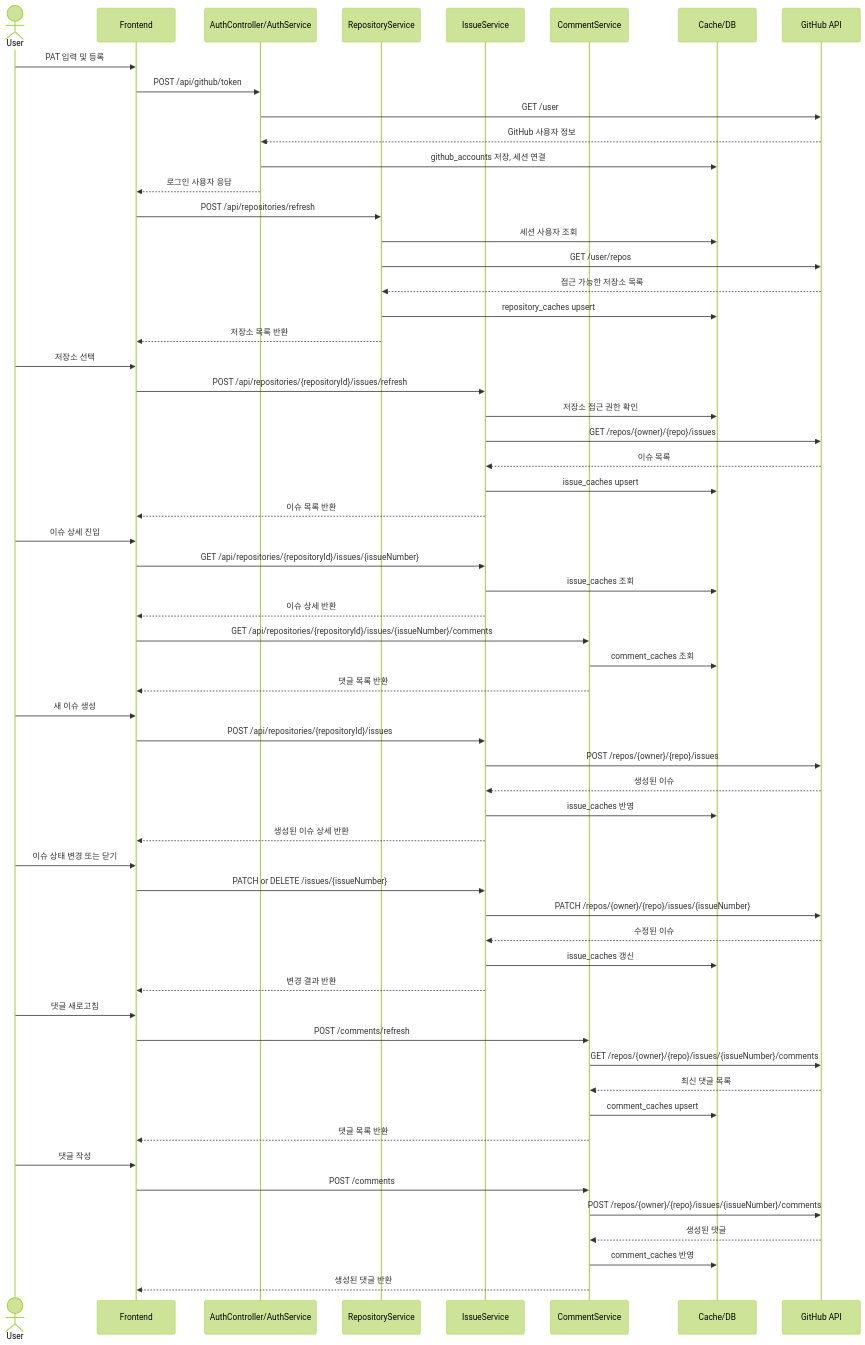
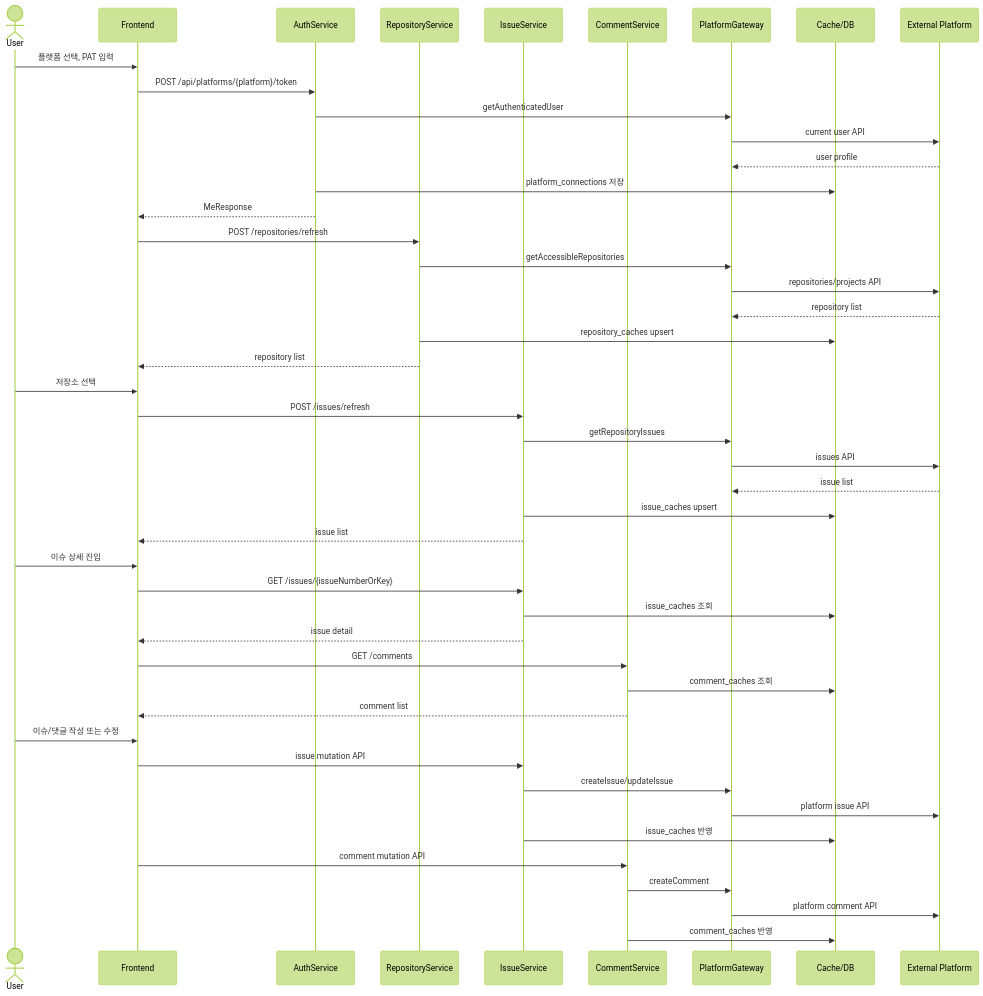
One commit to Jungwoook/github-issue-manager changed the second of 2 diagrams in docs/08-main-use-case-flow.md. Above: the diagram before and after it, drawn with Mermaid (forest theme). The commit also changed other lines of this file and 12 other files, not shown here.

````diff
--- a/docs/08-main-use-case-flow.md
+++ b/docs/08-main-use-case-flow.md
@@ -77,70 +68,53 @@
 ```mermaid
 sequenceDiagram
     actor U as User
     participant F as Frontend
-    participant A as AuthController/AuthService
+    participant A as AuthService
     participant R as RepositoryService
     participant I as IssueService
     participant C as CommentService
+    participant G as PlatformGateway
     participant DB as Cache/DB
-    participant GH as GitHub API
+    participant P as External Platform
 
-    U->>F: PAT 입력 및 등록
-    F->>A: POST /api/github/token
-    A->>GH: GET /user
-    GH-->>A: GitHub 사용자 정보
-    A->>DB: github_accounts 저장, 세션 연결
-    A-->>F: 로그인 사용자 응답
+    U->>F: 플랫폼 선택, PAT 입력
+    F->>A: POST /api/platforms/{platform}/token
+    A->>G: getAuthenticatedUser
+    G->>P: current user API
+    P-->>G: user profile
+    A->>DB: platform_connections 저장
+    A-->>F: MeResponse
 
-    F->>R: POST /api/repositories/refresh
-    R->>DB: 세션 사용자 조회
-    R->>GH: GET /user/repos
-    GH-->>R: 접근 가능한 저장소 목록
+    F->>R: POST /repositories/refresh
+    R->>G: getAccessibleRepositories
+    G->>P: repositories/projects API
+    P-->>G: repository list
     R->>DB: repository_caches upsert
-    R-->>F: 저장소 목록 반환
+    R-->>F: repository list
 
     U->>F: 저장소 선택
-    F->>I: POST /api/repositories/{repositoryId}/issues/refresh
-    I->>DB: 저장소 접근 권한 확인
-    I->>GH: GET /repos/{owner}/{repo}/issues
-    GH-->>I: 이슈 목록
+    F->>I: POST /issues/refresh
+    I->>G: getRepositoryIssues
+    G->>P: issues API
+    P-->>G: issue list
     I->>DB: issue_caches upsert
-    I-->>F: 이슈 목록 반환
+    I-->>F: issue list
 
     U->>F: 이슈 상세 진입
-    F->>I: GET /api/repositories/{repositoryId}/issues/{issueNumber}
+    F->>I: GET /issues/{issueNumberOrKey}
     I->>DB: issue_caches 조회
-    I-->>F: 이슈 상세 반환
+    I-->>F: issue detail
+    F->>C: GET /comments
+    C->>DB: comment_caches 조회
+    C-->>F: comment list
 
-    F->>C: GET /api/repositories/{repositoryId}/issues/{issueNumber}/comments
-    C->>DB: comment_caches 조회
-    C-->>F: 댓글 목록 반환
-
-    U->>F: 새 이슈 생성
-    F->>I: POST /api/repositories/{repositoryId}/issues
-    I->>GH: POST /repos/{owner}/{repo}/issues
-    GH-->>I: 생성된 이슈
+    U->>F: 이슈/댓글 작성 또는 수정
+    F->>I: issue mutation API
+    I->>G: createIssue/updateIssue
+    G->>P: platform issue API
     I->>DB: issue_caches 반영
-    I-->>F: 생성된 이슈 상세 반환
-
-    U->>F: 이슈 상태 변경 또는 닫기
-    F->>I: PATCH or DELETE /issues/{issueNumber}
-    I->>GH: PATCH /repos/{owner}/{repo}/issues/{issueNumber}
-    GH-->>I: 수정된 이슈
-    I->>DB: issue_caches 갱신
-    I-->>F: 변경 결과 반환
-
-    U->>F: 댓글 새로고침
-    F->>C: POST /comments/refresh
-    C->>GH: GET /repos/{owner}/{repo}/issues/{issueNumber}/comments
-    GH-->>C: 최신 댓글 목록
-    C->>DB: comment_caches upsert
-    C-->>F: 댓글 목록 반환
-
-    U->>F: 댓글 작성
-    F->>C: POST /comments
-    C->>GH: POST /repos/{owner}/{repo}/issues/{issueNumber}/comments
-    GH-->>C: 생성된 댓글
+    F->>C: comment mutation API
+    C->>G: createComment
+    G->>P: platform comment API
     C->>DB: comment_caches 반영
-    C-->>F: 생성된 댓글 반환
 ```
````
